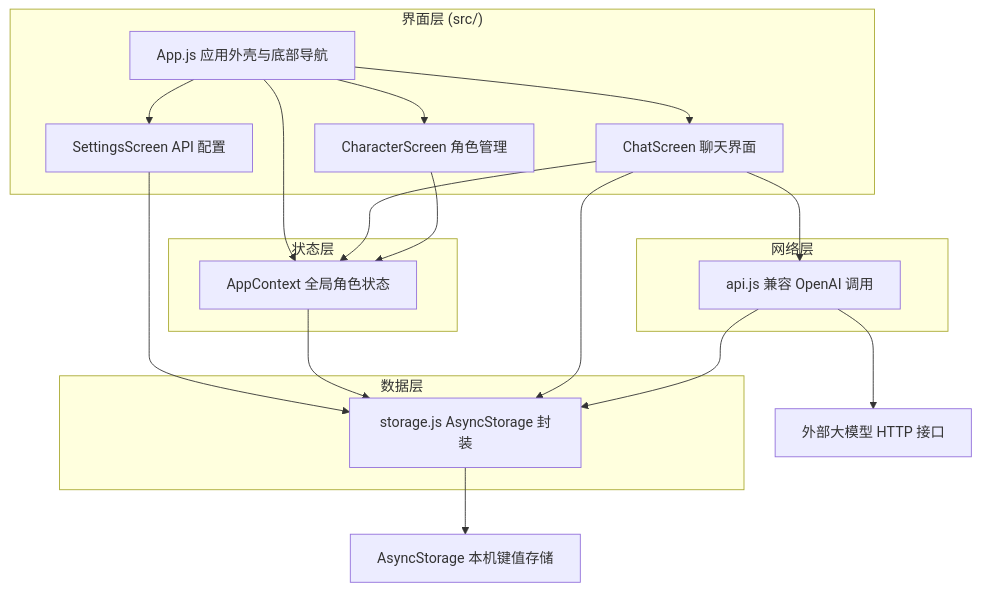
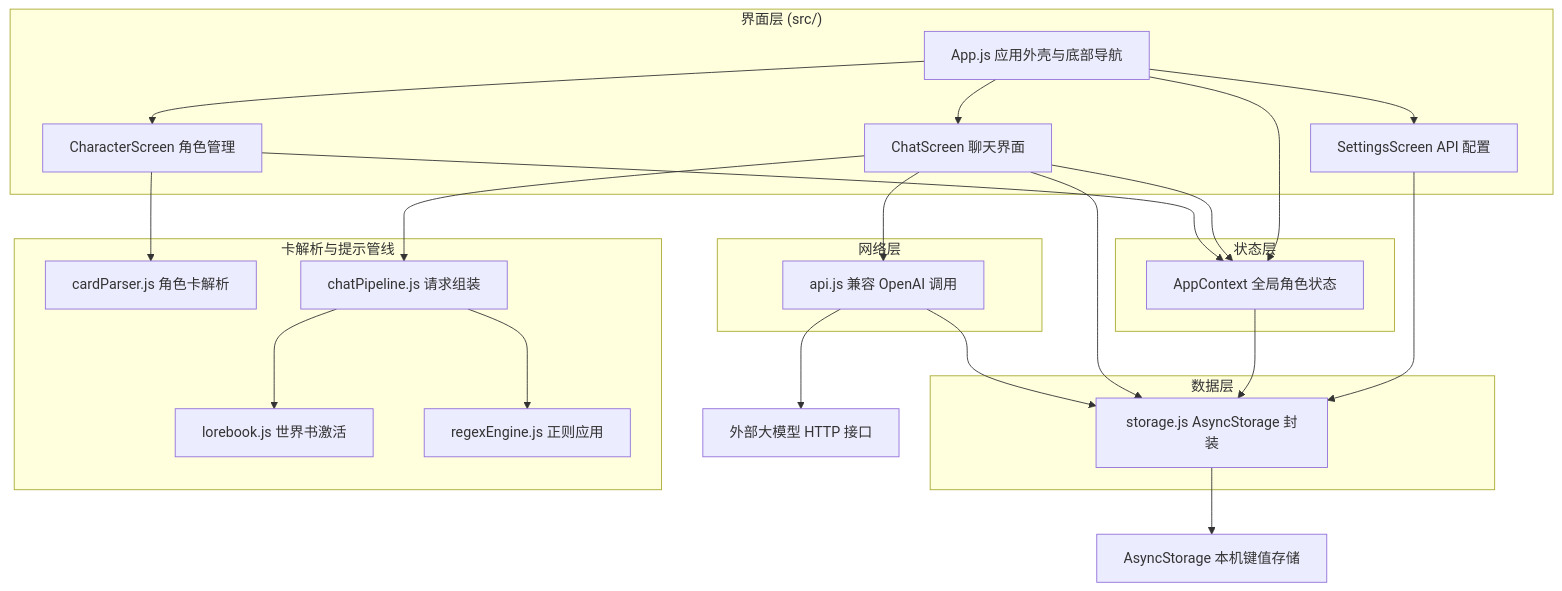
One commit to pppxxxy/easychat2 changed the first of 3 diagrams in .monkeycode/docs/ARCHITECTURE.md. Above: the diagram before and after it, drawn with Mermaid. The commit also changed other lines of this file and 16 other files, not shown here.

````diff
--- a/.monkeycode/docs/ARCHITECTURE.md
+++ b/.monkeycode/docs/ARCHITECTURE.md
@@ -132,34 +144,44 @@
 ```mermaid
 flowchart TB
     subgraph UI["界面层 (src/)"]
         App["App.js 应用外壳与底部导航"]
         Chat["ChatScreen 聊天界面"]
         Character["CharacterScreen 角色管理"]
         Settings["SettingsScreen API 配置"]
     end
     subgraph STATE["状态层"]
         Context["AppContext 全局角色状态"]
     end
     subgraph DATA["数据层"]
         Storage["storage.js AsyncStorage 封装"]
+    end
+    subgraph PIPE["卡解析与提示管线"]
+        Parser["cardParser.js 角色卡解析"]
+        Lore["lorebook.js 世界书激活"]
+        Regex["regexEngine.js 正则应用"]
+        Pipeline["chatPipeline.js 请求组装"]
     end
     subgraph NET["网络层"]
         Api["api.js 兼容 OpenAI 调用"]
     end
     Device["AsyncStorage 本机键值存储"]
     LLM["外部大模型 HTTP 接口"]
 
     App --> Chat
     App --> Character
     App --> Settings
     App --> Context
     Chat --> Context
     Character --> Context
     Settings --> Storage
     Context --> Storage
     Chat --> Storage
+    Chat --> Pipeline
+    Character --> Parser
+    Pipeline --> Lore
+    Pipeline --> Regex
     Chat --> Api
     Api --> Storage
     Storage --> Device
     Api --> LLM
 ```
````
